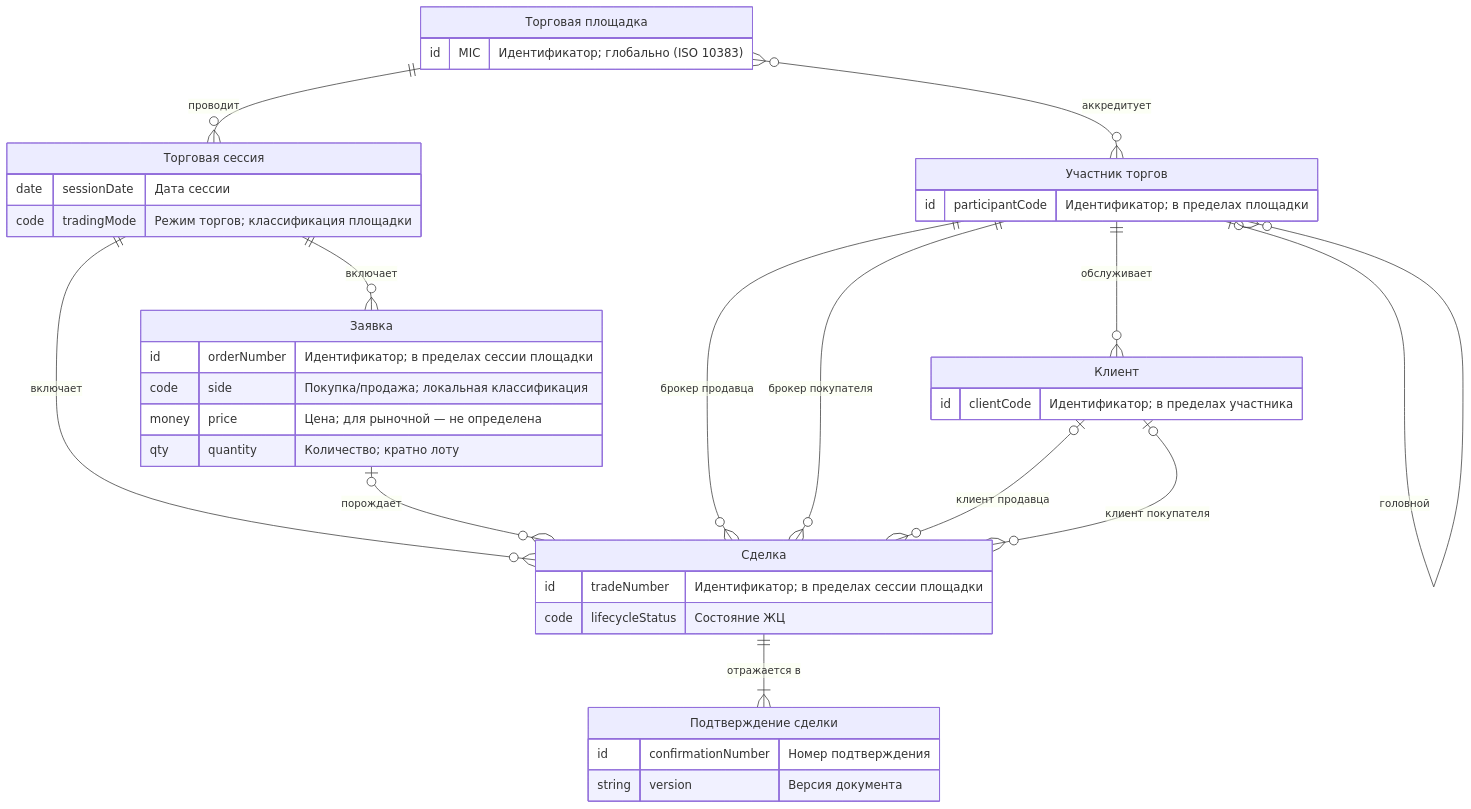
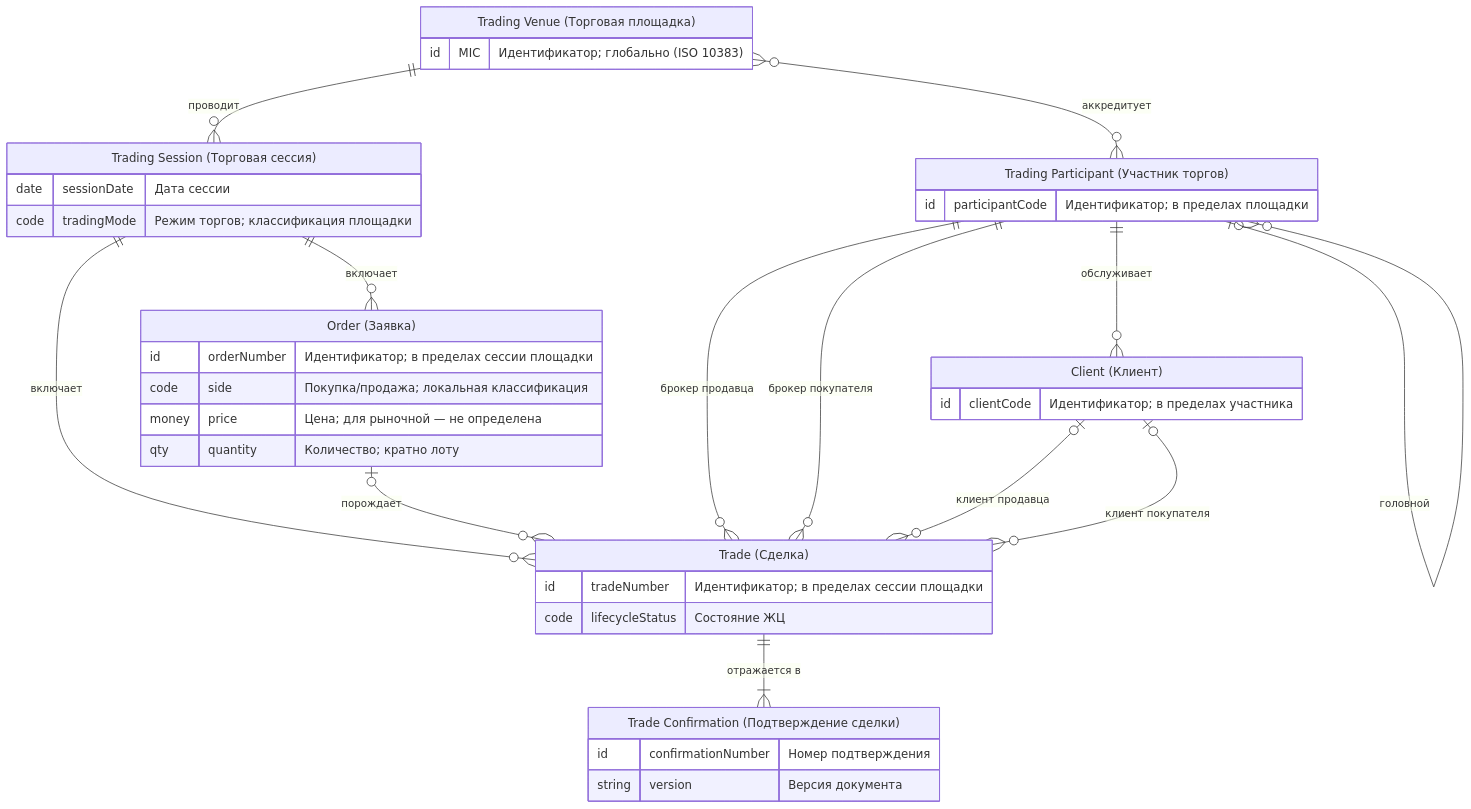
Before and after one commit to alexanderlazutkin/DatamodelDesign: the second of 4 diagrams in wrk/standard/appendices/Н Сквозной биржевой пример.md, drawn with Mermaid. The commit also changed other lines of this file and 1 other file, not shown here.

Commit message:
Р-036 (поправка): двуязычные подписи сущностей во всех диаграммах примера Н — English (Русское); легенда и Н.2.1 синхронизированы (замечание пользователя)

````diff
--- a/wrk/standard/appendices/Н Сквозной биржевой пример.md
+++ b/wrk/standard/appendices/Н Сквозной биржевой пример.md
@@ -218,42 +218,42 @@
 ```mermaid
 erDiagram
-    TRADING_VENUE["Торговая площадка"] {
+    TRADING_VENUE["Trading Venue (Торговая площадка)"] {
         id MIC "Идентификатор; глобально (ISO 10383)"
     }
-    TRADING_SESSION["Торговая сессия"] {
+    TRADING_SESSION["Trading Session (Торговая сессия)"] {
         date sessionDate "Дата сессии"
         code tradingMode "Режим торгов; классификация площадки"
     }
-    ORDER["Заявка"] {
+    ORDER["Order (Заявка)"] {
         id orderNumber "Идентификатор; в пределах сессии площадки"
         code side "Покупка/продажа; локальная классификация"
         money price "Цена; для рыночной — не определена"
         qty quantity "Количество; кратно лоту"
     }
-    TRADE["Сделка"] {
+    TRADE["Trade (Сделка)"] {
         id tradeNumber "Идентификатор; в пределах сессии площадки"
         code lifecycleStatus "Состояние ЖЦ"
     }
-    TRADE_CONFIRMATION["Подтверждение сделки"] {
+    TRADE_CONFIRMATION["Trade Confirmation (Подтверждение сделки)"] {
         id confirmationNumber "Номер подтверждения"
         string version "Версия документа"
     }
-    TRADING_PARTICIPANT["Участник торгов"] {
+    TRADING_PARTICIPANT["Trading Participant (Участник торгов)"] {
         id participantCode "Идентификатор; в пределах площадки"
     }
-    CLIENT["Клиент"] {
+    CLIENT["Client (Клиент)"] {
         id clientCode "Идентификатор; в пределах участника"
     }
     TRADING_VENUE ||--o{ TRADING_SESSION : "проводит"
     TRADING_VENUE }o--o{ TRADING_PARTICIPANT : "аккредитует"
     TRADING_SESSION ||--o{ ORDER : "включает"
     TRADING_SESSION ||--o{ TRADE : "включает"
     ORDER |o--o{ TRADE : "порождает"
     TRADE ||--|{ TRADE_CONFIRMATION : "отражается в"
     TRADING_PARTICIPANT ||--o{ TRADE : "брокер продавца"
     TRADING_PARTICIPANT ||--o{ TRADE : "брокер покупателя"
     CLIENT |o--o{ TRADE : "клиент продавца"
     CLIENT |o--o{ TRADE : "клиент покупателя"
     TRADING_PARTICIPANT ||--o{ CLIENT : "обслуживает"
     TRADING_PARTICIPANT |o--o{ TRADING_PARTICIPANT : "головной"
 ```
````
